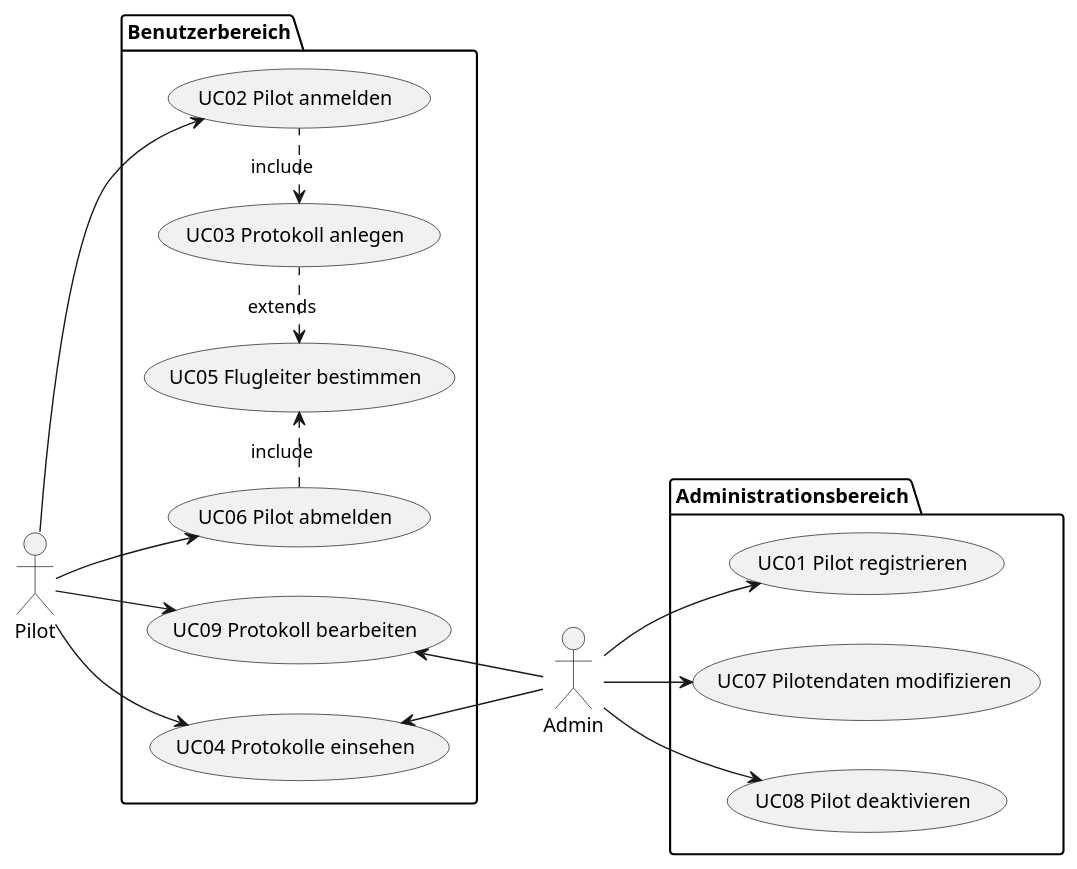
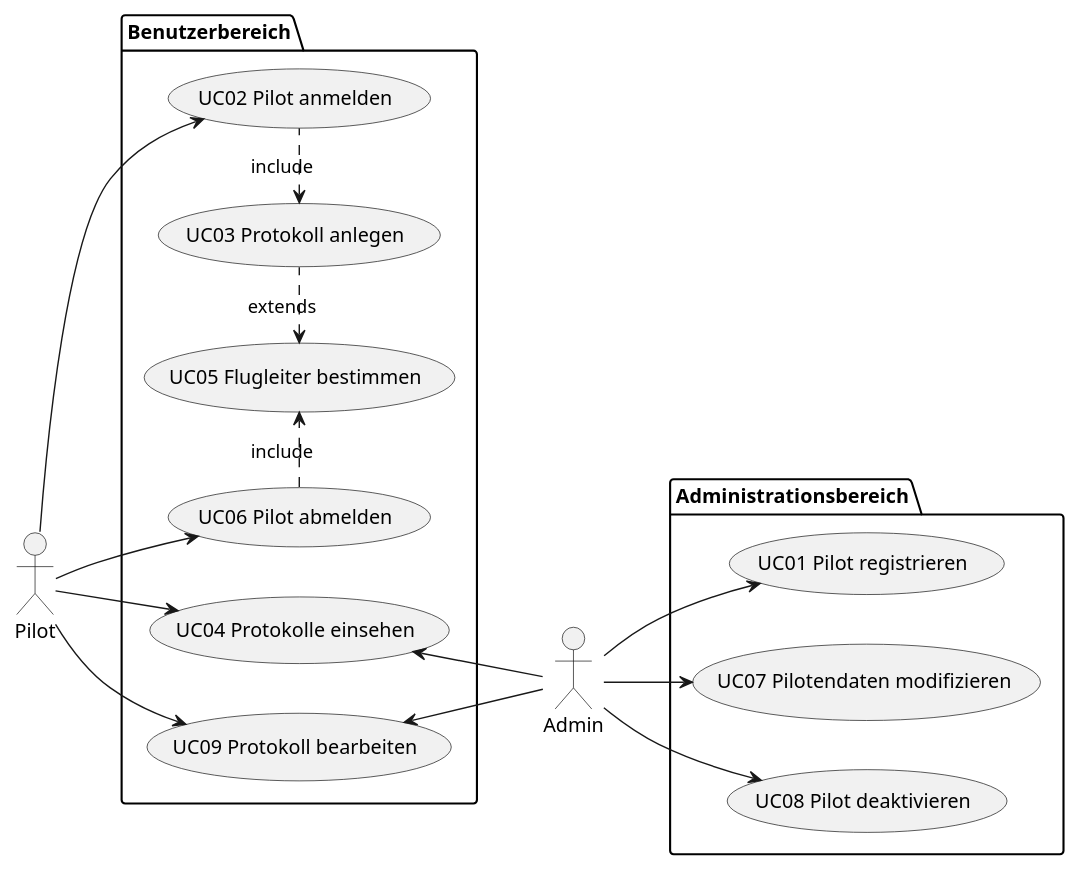
One commit to jakobkmar/E09-modellflug-logbuch changed the diagram in docs/requirements/use-case_model.adoc. Above: the diagram before and after it, drawn with PlantUML. The commit also changed 4 other files, not shown here.

```diff
--- a/docs/requirements/use-case_model.adoc
+++ b/docs/requirements/use-case_model.adoc
@@ -25,35 +25,35 @@
 [plantuml, "{diagramsdir}/gesamter Use-Case", svg]
 ....
 @startuml
 left to right direction
 "Admin" as ac01
 "Pilot" as ac02
 package Benutzerbereich {
     "UC02 Pilot anmelden" as (uc02) 
     "UC03 Protokoll anlegen" as (uc03)
     "UC04 Protokolle einsehen" as (uc04)
     "UC05 Flugleiter bestimmen" as (uc05)
     "UC06 Pilot abmelden" as (uc06)
     "UC09 Protokoll bearbeiten" as (uc09)
 }
 
 package Administrationsbereich {
     "UC01 Pilot registrieren" as (uc01)
     "UC07 Pilotendaten modifizieren" as (uc07)
     "UC08 Pilot deaktivieren" as (uc08)
 
 }
 ac01 -d-> uc01
 ac01 -u-> uc04
 ac01 -d-> uc07
 ac01 -d-> uc08
 ac01 -u-> uc09
 ac02 -d-> uc02
 ac02 -d-> uc06
-ac02 --> uc09
-ac02 --> uc04
+ac02 -u-> uc09
+ac02 -u-> uc04
 uc02 .l.> uc03 :include
 uc03 .l.> uc05 :extends
 uc06 .r.> uc05 :include
 @enduml
 ....
```
